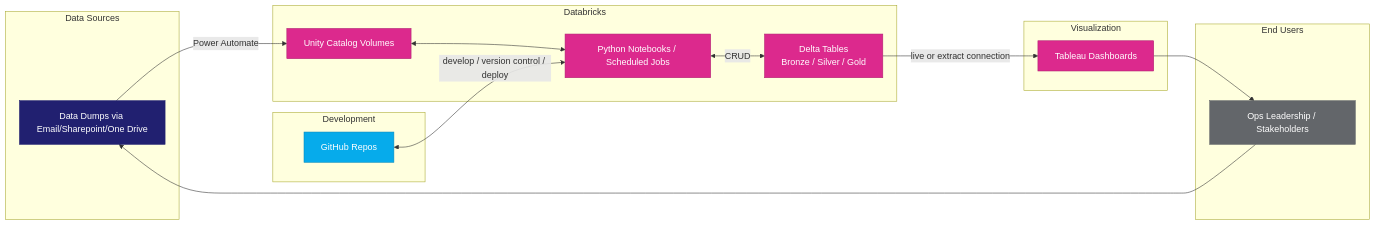
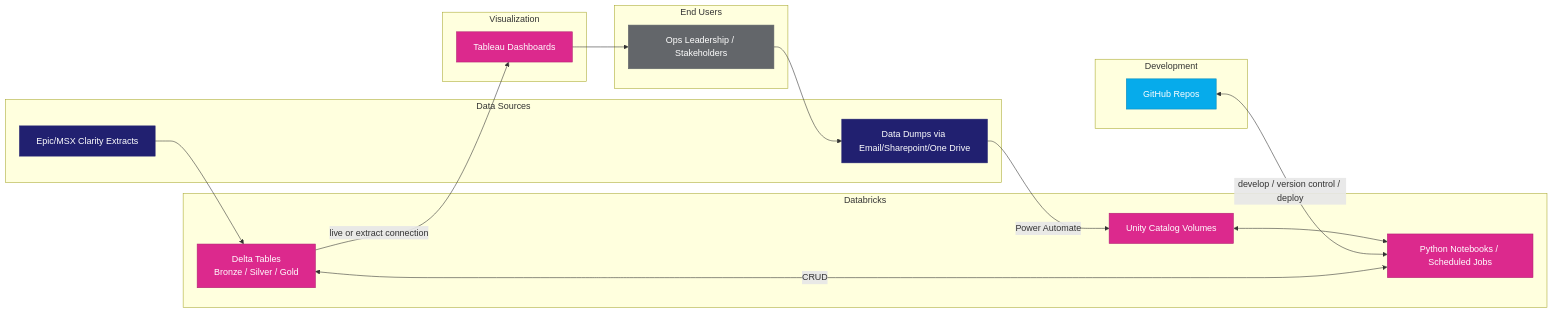
One commit to MSHS-OAO/Databricks-Tableau-User-Guide changed the third of 3 diagrams in Databricks/README.md. Above: the diagram before and after it, drawn with Mermaid. The commit also changed other lines of this file, not shown here.

````diff
--- a/Databricks/README.md
+++ b/Databricks/README.md
@@ -96,36 +96,38 @@
 ```mermaid
 flowchart LR
     subgraph Sources["Data Sources"]
+        EPIC[Epic/MSX Clarity Extracts]
         EMAIL[Data Dumps via Email/Sharepoint/One Drive]
     end
     subgraph DBX["Databricks"]
         VOL[Unity Catalog Volumes]
         JOBS[Python Notebooks / Scheduled Jobs]
         DLT[Delta Tables<br>Bronze / Silver / Gold]
     end
     subgraph DevOps["Development"]
         GH[GitHub Repos]
     end
     subgraph Viz["Visualization"]
         TAB[Tableau Dashboards]
     end
     subgraph Users["End Users"]
         USR[Ops Leadership / Stakeholders]
     end
+    EPIC -->DLT
     EMAIL -->|Power Automate| VOL
     VOL <--> JOBS
     JOBS <-->|CRUD| DLT
     GH <-->|develop / version control / deploy| JOBS
     DLT -->|live or extract connection| TAB
     TAB --> USR
     USR --> EMAIL
   
     classDef navy fill:#212070,stroke:#212070,color:#ffffff
     classDef cyan fill:#06ABEB,stroke:#0689BC,color:#ffffff
     classDef magenta fill:#DC298D,stroke:#B02171,color:#ffffff
     classDef gray fill:#63666A,stroke:#63666A,color:#ffffff
     class EPIC,ORA,EMAIL navy
     class GH cyan
     class VOL,DLT,JOBS,TAB magenta
     class USR,INP gray
 ```
````
